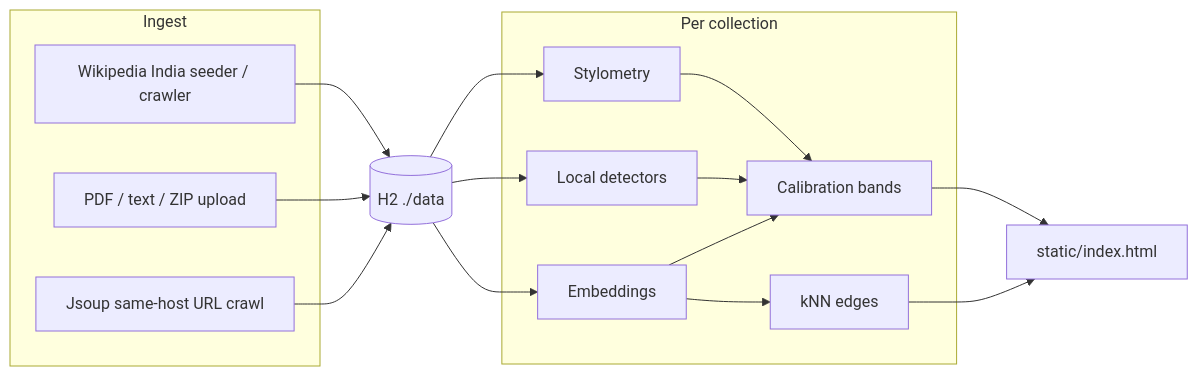
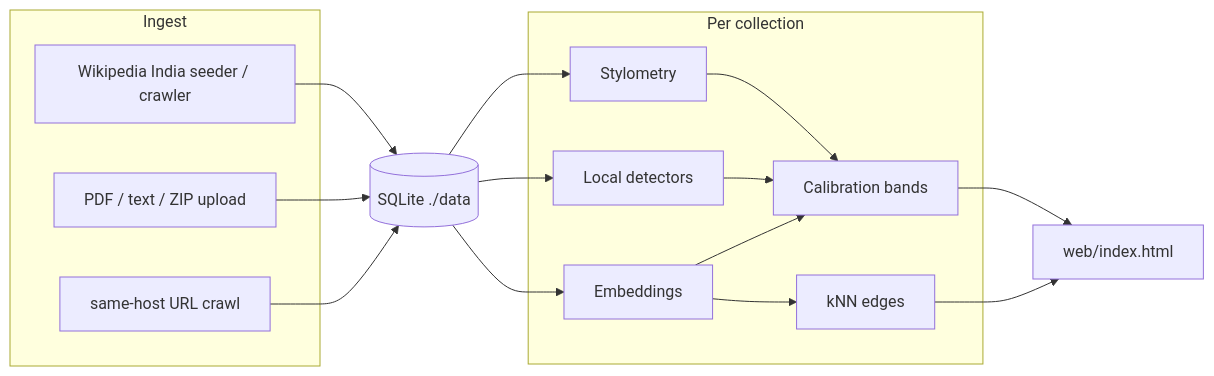
Before and after one commit to shrutiebony/KnowledgeOS: the diagram in README.md, drawn with Mermaid. The commit also changed other lines of this file and 148 other files, not shown here.

````diff
--- a/README.md
+++ b/README.md
@@ -24,26 +26,26 @@
 ```mermaid
 flowchart LR
   subgraph ingest [Ingest]
     Wiki["Wikipedia India seeder / crawler"]
     Upload["PDF / text / ZIP upload"]
-    Urls["Jsoup same-host URL crawl"]
+    Urls["same-host URL crawl"]
   end
-  H2[("H2 ./data")]
+  SQLite[("SQLite ./data")]
   subgraph analyze [Per collection]
     Sty[Stylometry]
     Det[Local detectors]
     Emb[Embeddings]
     Cal[Calibration bands]
     kNN[kNN edges]
   end
-  UI["static/index.html"]
-  Wiki --> H2
-  Upload --> H2
-  Urls --> H2
-  H2 --> Sty --> Cal
-  H2 --> Det --> Cal
-  H2 --> Emb --> Cal
+  UI["web/index.html"]
+  Wiki --> SQLite
+  Upload --> SQLite
+  Urls --> SQLite
+  SQLite --> Sty --> Cal
+  SQLite --> Det --> Cal
+  SQLite --> Emb --> Cal
   Emb --> kNN
   Cal --> UI
   kNN --> UI
 ```
````
